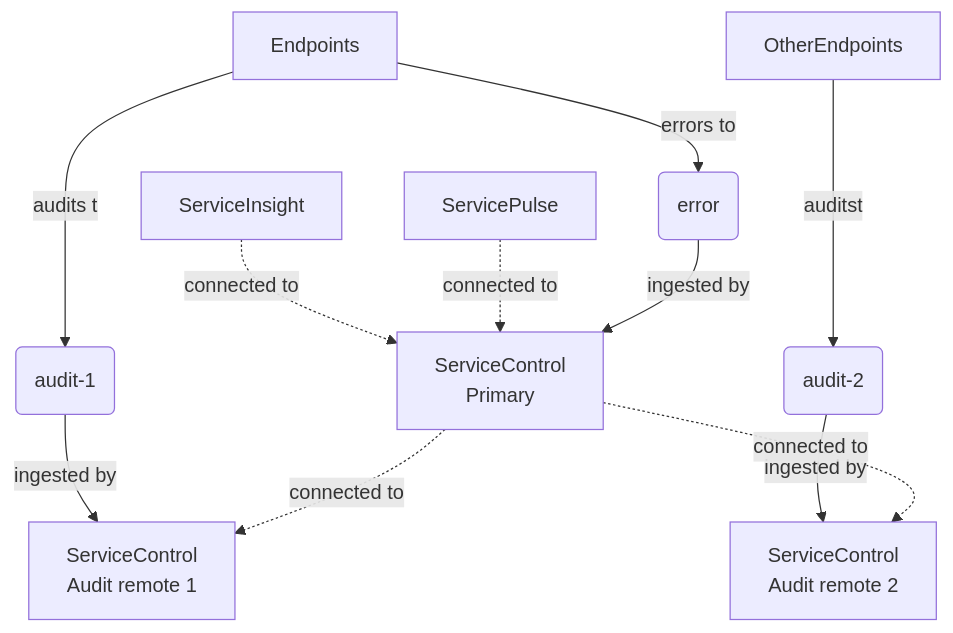
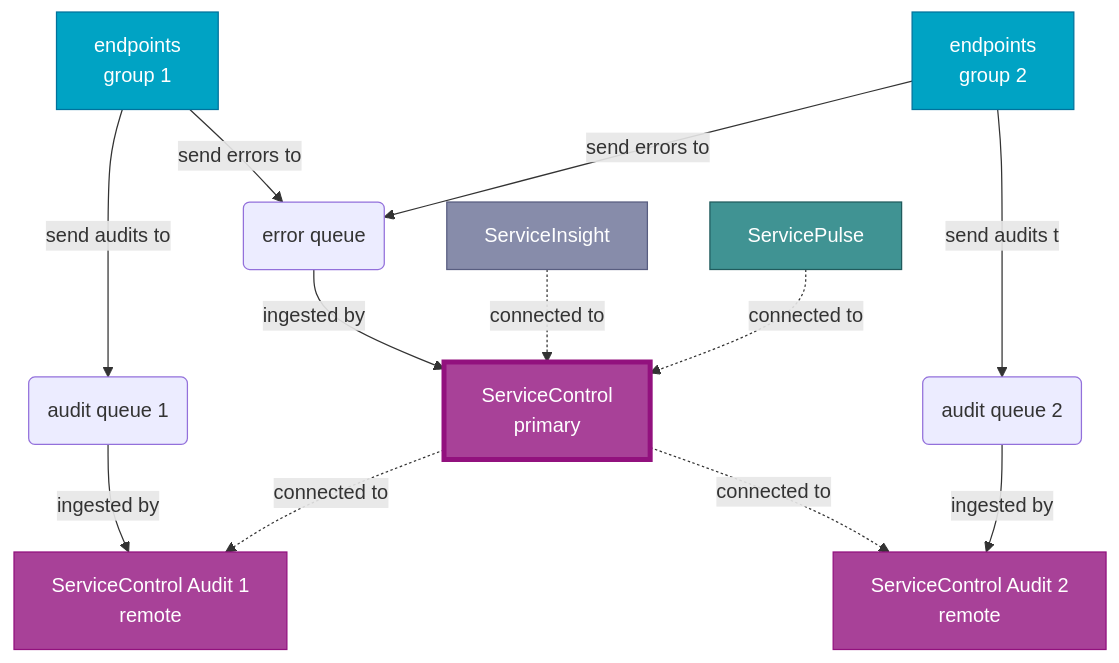
One commit to Particular/docs.particular.net changed the third of 3 diagrams in servicecontrol/servicecontrol-instances/remotes.md. Above: the diagram before and after it, drawn with Mermaid. The commit also changed other lines of this file, not shown here.

````diff
--- a/servicecontrol/servicecontrol-instances/remotes.md
+++ b/servicecontrol/servicecontrol-instances/remotes.md
@@ -62,16 +84,31 @@
 ```mermaid
 graph TD
-SI[ServiceInsight] -. connected to .->Primary
-SP[ServicePulse] -. connected to .-> Primary
-Endpoints -- audits to--> AuditsMain(audit-1)
-OtherEndpoints -- auditsto--> AuditsSecondary(audit-2)
-Endpoints -- errors to --> Errors(error)
-Primary[ServiceControl<br/>Primary]
-Secondary1[ServiceControl<br/>Audit remote 1]
-Secondary2[ServiceControl<br/>Audit remote 2]
-AuditsMain -- ingested by --> Secondary1
-AuditsSecondary -- ingested by --> Secondary2
-Errors-- ingested by --> Primary
-Primary -. connected to .-> Secondary1
-Primary -. connected to .-> Secondary2
+Endpoints1[endpoints<br/>group 1] -- send audits to --> AuditQueue1(audit queue 1)
+
+Endpoints1 -- send errors to --> ErrorQueue(error queue)
+Endpoints2[endpoints<br/>group 2] -- send errors to --> ErrorQueue
+
+ErrorQueue -- ingested by --> ServiceControl[ServiceControl<br/>primary]
+ServiceInsight -. connected to .->ServiceControl
+ServicePulse -. connected to .-> ServiceControl
+
+Endpoints2 -- send audits to--> AuditQueue2(audit queue 2)
+
+AuditQueue1 -- ingested by --> ServiceControlAudit1[ServiceControl Audit 1<br/>remote]
+ServiceControl -. connected to .-> ServiceControlAudit1
+
+ServiceControl -. connected to .-> ServiceControlAudit2[ServiceControl Audit 2<br/>remote]
+AuditQueue2 -- ingested by --> ServiceControlAudit2
+
+classDef Endpoints fill:#00A3C4,stroke:#00729C,color:#FFFFFF
+classDef ServiceInsight fill:#878CAA,stroke:#585D80,color:#FFFFFF
+classDef ServicePulse fill:#409393,stroke:#205B5D,color:#FFFFFF
+classDef ServiceControlPrimary fill:#A84198,stroke:#92117E,color:#FFFFFF,stroke-width:4px
+classDef ServiceControlRemote fill:#A84198,stroke:#92117E,color:#FFFFFF
+
+class Endpoints1,Endpoints2 Endpoints
+class ServiceInsight ServiceInsight
+class ServicePulse ServicePulse
+class ServiceControl ServiceControlPrimary
+class ServiceControlAudit1,ServiceControlAudit2 ServiceControlRemote
 ```
````
